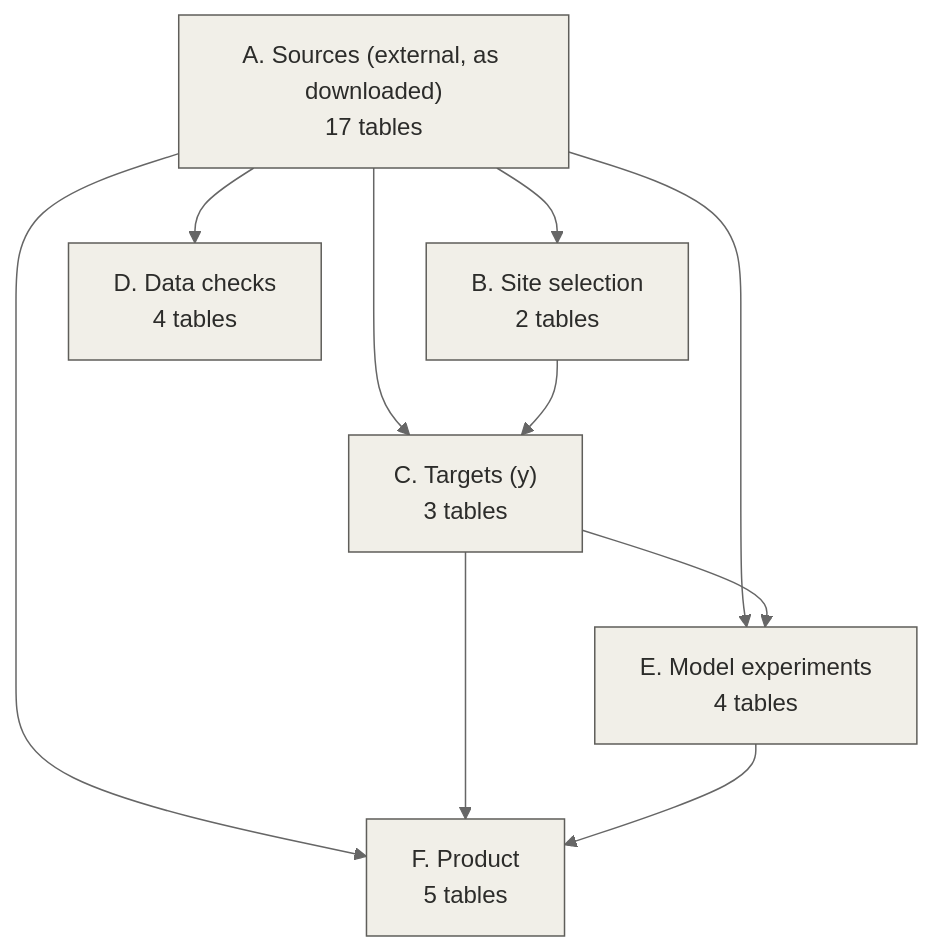
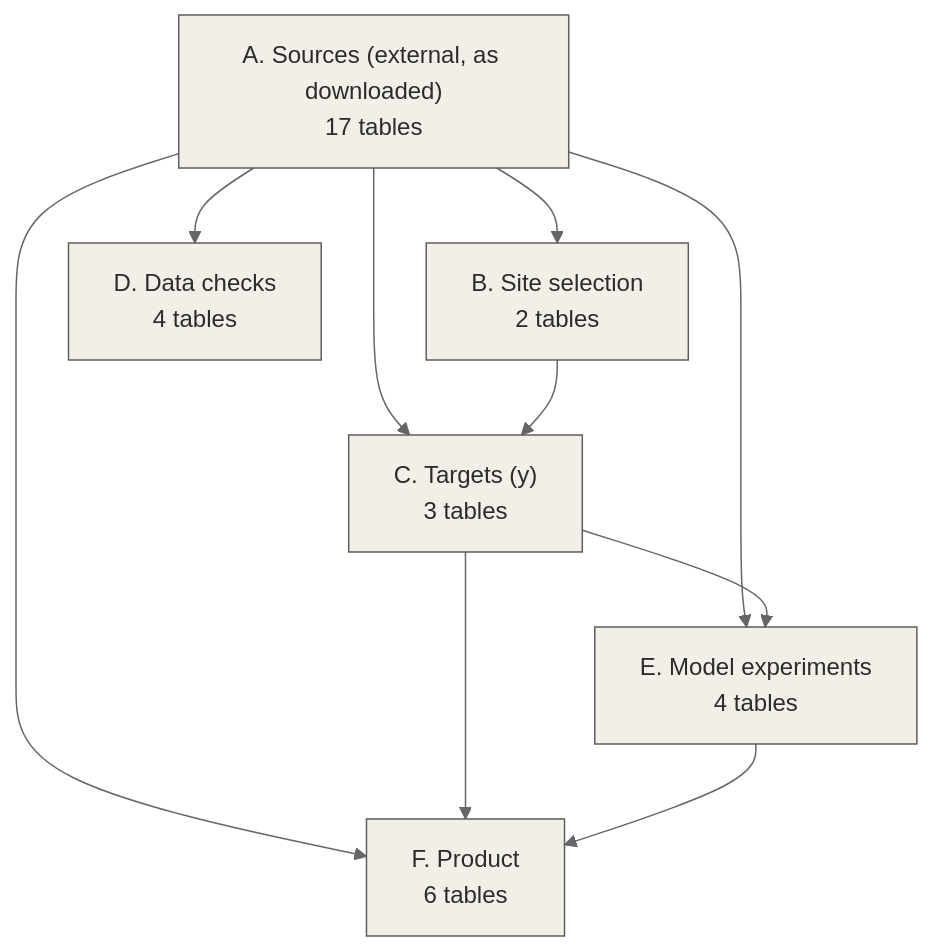
The first of 7 diagrams in docs/data_lineage.md (drmerlot/rivershapeml-more-data), drawn with Mermaid (neutral theme) before and after one commit. The commit also changed other lines of this file and 11 other files, not shown here.

````diff
--- a/docs/data_lineage.md
+++ b/docs/data_lineage.md
@@ -8,21 +8,21 @@
 ```mermaid
 flowchart TD
   A["A. Sources (external, as downloaded)<br/>17 tables"]:::table
   B["B. Site selection<br/>2 tables"]:::table
   C["C. Targets (y)<br/>3 tables"]:::table
   D["D. Data checks<br/>4 tables"]:::table
   E["E. Model experiments<br/>4 tables"]:::table
-  F["F. Product<br/>5 tables"]:::table
+  F["F. Product<br/>6 tables"]:::table
   A --> B
   A --> C
   A --> D
   A --> E
   A --> F
   B --> C
   C --> E
   C --> F
   E --> F
   classDef table fill:#F1EFE8,stroke:#5F5E5A,color:#2C2C2A
   classDef external fill:#ffffff,stroke:#888780,stroke-dasharray:4 3,color:#444441
   classDef op fill:#E1F5EE,stroke:#0F6E56,color:#085041
 ```
````
